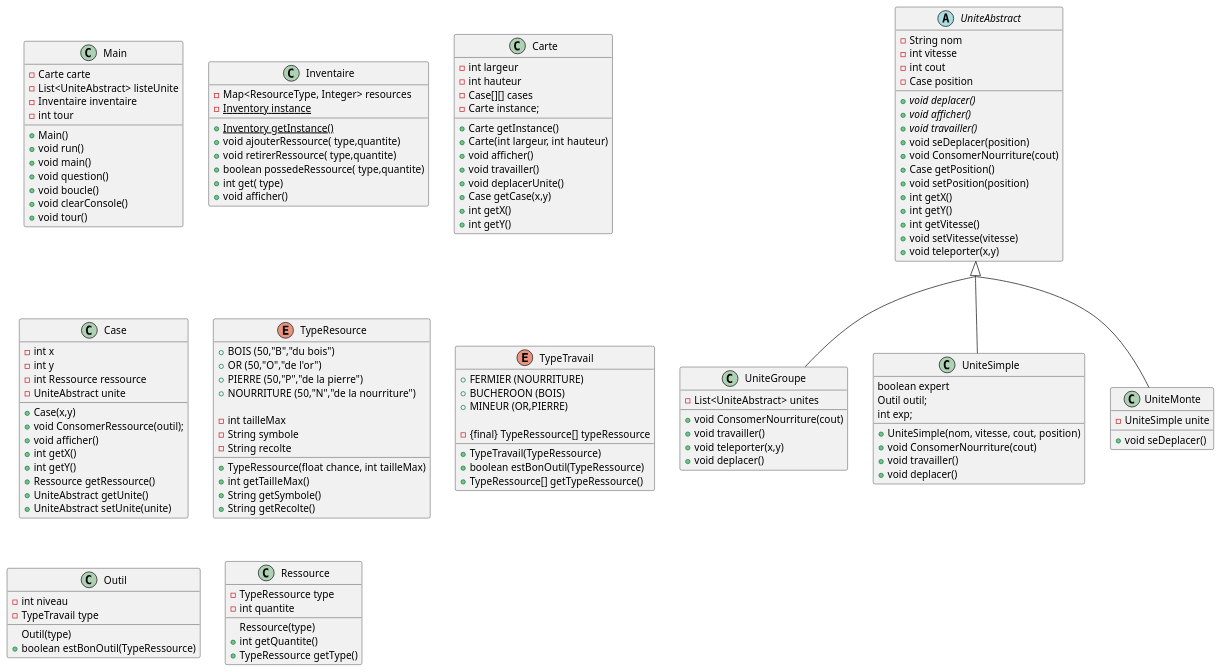
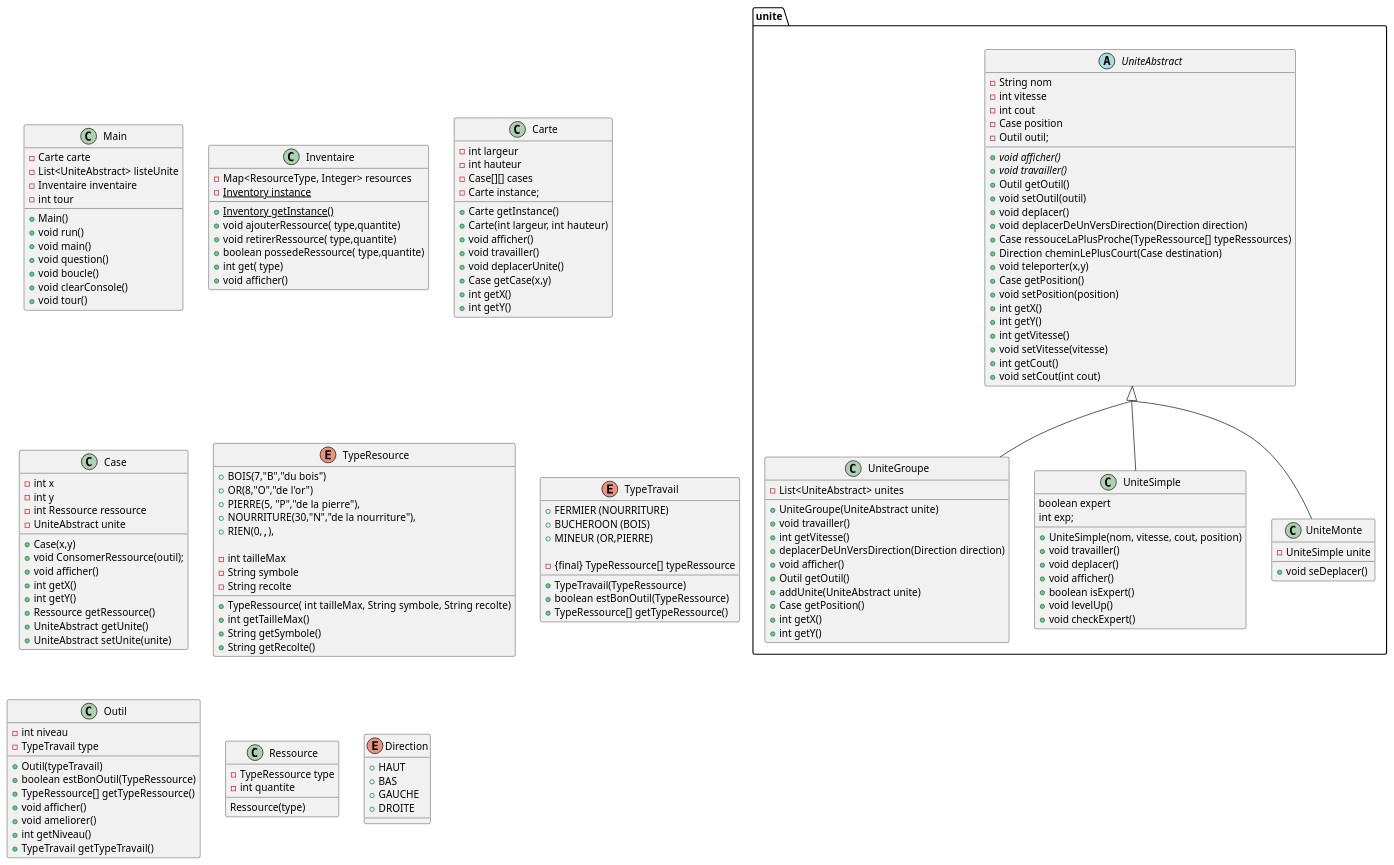
One commit to Pireeee/ProjetStrategie changed the diagram in src/main/Diagram.puml. Above: the diagram before and after it, drawn with PlantUML. The commit also changed 1 other file, not shown here.

```diff
--- a/src/main/Diagram.puml
+++ b/src/main/Diagram.puml
@@ -1,153 +1,177 @@
 @startuml
 skinparam groupInheritance 2
 
 class Main {
   -Carte carte
   -List<UniteAbstract> listeUnite
   -Inventaire inventaire
   -int tour
 
   +Main()
   +void run()
   +void main()
   +void question()
   +void boucle()
   +void clearConsole()
   +void tour()
 }
 
 class Inventaire {
   -Map<ResourceType, Integer> resources
   -{static} Inventory instance
 
   +{static} Inventory getInstance()
   +void ajouterRessource( type,quantite)
   +void retirerRessource( type,quantite)
   +boolean possedeRessource( type,quantite)
   +int get( type)
   +void afficher()
 }
 
 class Carte {
   -int largeur
   -int hauteur
   -Case[][] cases
   -Carte instance;
 
   +Carte getInstance()
   +Carte(int largeur, int hauteur)
   +void afficher()
   +void travailler()
   +void deplacerUnite()
   +Case getCase(x,y)
   +int getX()
   +int getY()
 }
 
 class Case {
   -int x
   -int y
   -int Ressource ressource
   -UniteAbstract unite
 
   +Case(x,y)
   +void ConsomerRessource(outil);
   +void afficher()
   +int getX()
   +int getY()
   +Ressource getRessource()
   +UniteAbstract getUnite()
   +UniteAbstract setUnite(unite)
 }
 
 enum TypeResource {
-  +{field} BOIS (50,"B","du bois")
-  +{field} OR (50,"O","de l'or")
-  +{field} PIERRE (50,"P","de la pierre")
-  +{field} NOURRITURE (50,"N","de la nourriture")
+  +{field} BOIS(7,"B","du bois")
+  +{field} OR(8,"O","de l'or")
+  +{field} PIERRE(5, "P","de la pierre"),
+  +{field} NOURRITURE(30,"N","de la nourriture"),
+  +{field} RIEN(0,"",""),
 
   -int tailleMax
   -String symbole
   -String recolte
 
-  +TypeRessource(float chance, int tailleMax)
+  +TypeRessource( int tailleMax, String symbole, String recolte)
   +int getTailleMax()
   +String getSymbole()
   +String getRecolte()
 }
 enum TypeTravail {
   +{field} FERMIER (NOURRITURE)
   +{field} BUCHEROON (BOIS)
   +{field} MINEUR (OR,PIERRE)
 
   -{final} TypeRessource[] typeRessource
 
   +TypeTravail(TypeRessource)
   +boolean estBonOutil(TypeRessource)
   +TypeRessource[] getTypeRessource()
 }
-abstract class UniteAbstract{
+abstract class unite.UniteAbstract{
   -String nom
   -int vitesse
   -int cout
   -Case position
+  -Outil outil;
 
-
-  +{abstract} void deplacer()
   +{abstract} void afficher()
   +{abstract} void travailler()
-  +void seDeplacer(position)
-  +void ConsomerNourriture(cout)
+  +Outil getOutil()
+  +void setOutil(outil)
+  +void deplacer()
+  +void deplacerDeUnVersDirection(Direction direction)
+  +Case ressouceLaPlusProche(TypeRessource[] typeRessources)
+  +Direction cheminLePlusCourt(Case destination)
+  +void teleporter(x,y)
   +Case getPosition()
   +void setPosition(position)
   +int getX()
   +int getY()
   +int getVitesse()
   +void setVitesse(vitesse)
-  +void teleporter(x,y)
+  +int getCout()
+  +void setCout(int cout)
+
 }
 
-class UniteGroupe extends UniteAbstract {
+class unite.UniteGroupe extends unite.UniteAbstract {
   -List<UniteAbstract> unites
 
-  +void ConsomerNourriture(cout)
+  +UniteGroupe(UniteAbstract unite)
   +void travailler()
-  +void teleporter(x,y)
-  +void deplacer()
+  +int getVitesse()
+  +deplacerDeUnVersDirection(Direction direction)
+  +void afficher()
+  +Outil getOutil()
+  +addUnite(UniteAbstract unite)
+  +Case getPosition()
+  +int getX()
+  +int getY()
 }
 
-class UniteSimple extends UniteAbstract {
+class unite.UniteSimple extends unite.UniteAbstract {
    boolean expert
-   Outil outil;
    int exp;
 
    +UniteSimple(nom, vitesse, cout, position)
-   +void ConsomerNourriture(cout)
    +void travailler()
    +void deplacer()
+   +void afficher()
+   +boolean isExpert()
+   +void levelUp()
+   +void checkExpert()
 
 }
 
-class UniteMonte extends UniteAbstract {
+class unite.UniteMonte extends unite.UniteAbstract {
   -UniteSimple unite
 
   +void seDeplacer()
 }
 
 class Outil{
   -int niveau
   -TypeTravail type
 
-  Outil(type)
+  +Outil(typeTravail)
   +boolean estBonOutil(TypeRessource)
+  +TypeRessource[] getTypeRessource()
+  +void afficher()
+  +void ameliorer()
+  +int getNiveau()
+  +TypeTravail getTypeTravail()
 }
 class Ressource{
   -TypeRessource type
   -int quantite
 
   Ressource(type)
-  +int getQuantite()
-  +TypeRessource getType()
+}
+enum Direction {
+  +{field} HAUT
+  +{field} BAS
+  +{field} GAUCHE
+  +{field} DROITE
 }
 
 @enduml
```
